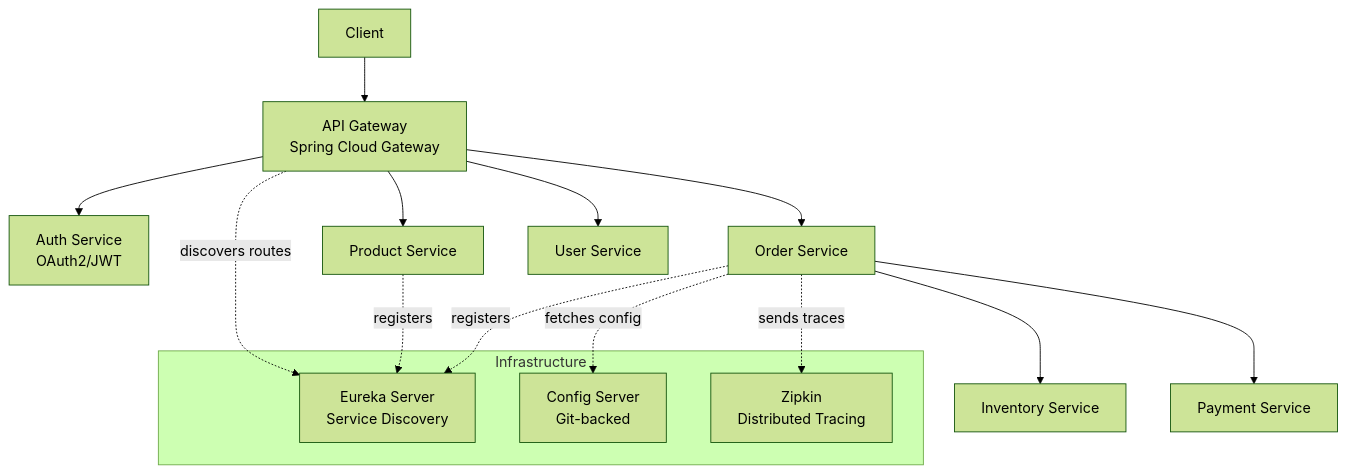
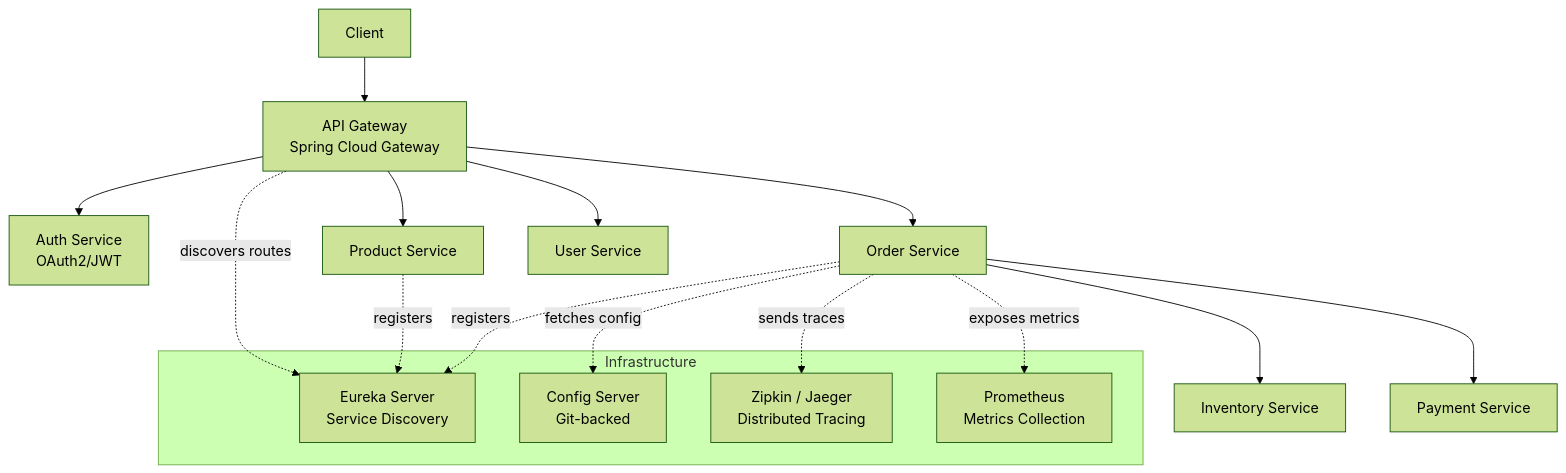
The first of 3 diagrams in content/backend/spring-framework/spring-microservices.md (aabdulk862/cs-reference-guide), drawn with Mermaid (forest theme) before and after one commit. The commit also changed other lines of this file and 113 other files, not shown here.

````diff
--- a/content/backend/spring-framework/spring-microservices.md
+++ b/content/backend/spring-framework/spring-microservices.md
@@ -259,23 +505,25 @@
 ```mermaid
 graph TB
     CLIENT[Client] --> GATEWAY[API Gateway<br/>Spring Cloud Gateway]
     GATEWAY --> AUTH[Auth Service<br/>OAuth2/JWT]
     GATEWAY --> ORDER[Order Service]
     GATEWAY --> PRODUCT[Product Service]
     GATEWAY --> USER[User Service]
 
     ORDER --> INVENTORY[Inventory Service]
     ORDER --> PAYMENT[Payment Service]
 
     subgraph "Infrastructure"
         EUREKA[Eureka Server<br/>Service Discovery]
         CONFIG[Config Server<br/>Git-backed]
-        ZIPKIN[Zipkin<br/>Distributed Tracing]
+        ZIPKIN[Zipkin / Jaeger<br/>Distributed Tracing]
+        PROMETHEUS[Prometheus<br/>Metrics Collection]
     end
 
     ORDER -.->|registers| EUREKA
     PRODUCT -.->|registers| EUREKA
     GATEWAY -.->|discovers routes| EUREKA
     ORDER -.->|fetches config| CONFIG
     ORDER -.->|sends traces| ZIPKIN
+    ORDER -.->|exposes metrics| PROMETHEUS
 ```
````
